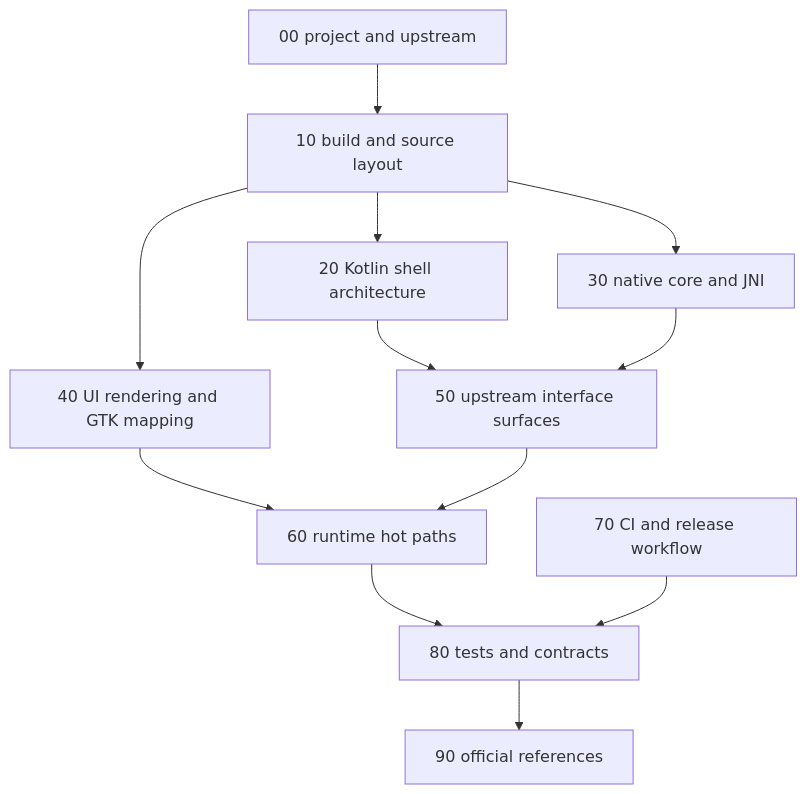
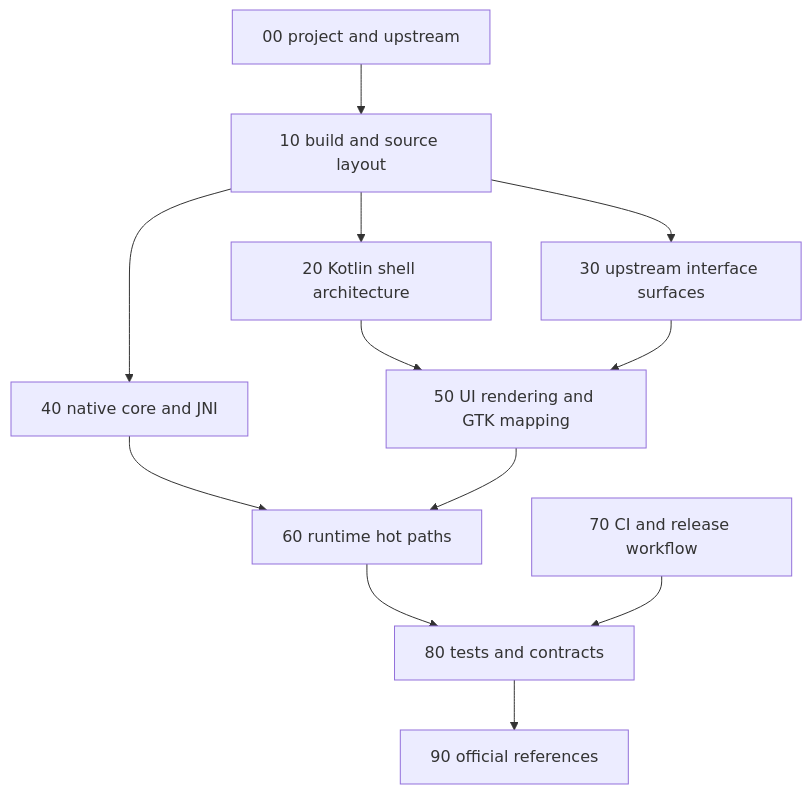
One commit to ppigazzini/r47zen changed the diagram in android/docs/dev/README.md. Above: the diagram before and after it, drawn with Mermaid. The commit also changed 6 other files, not shown here.

````diff
--- a/android/docs/dev/README.md
+++ b/android/docs/dev/README.md
@@ -14,25 +14,25 @@
 ```mermaid
 flowchart TD
   A[00 project and upstream]
   B[10 build and source layout]
   C[20 Kotlin shell architecture]
-  D[30 native core and JNI]
-  E[40 UI rendering and GTK mapping]
-  F[50 upstream interface surfaces]
+  D[30 upstream interface surfaces]
+  E[40 native core and JNI]
+  F[50 UI rendering and GTK mapping]
   G[60 runtime hot paths]
   H[70 CI and release workflow]
   I[80 tests and contracts]
   J[90 official references]
 
   A --> B
   B --> C
   B --> D
   B --> E
   C --> F
   D --> F
   E --> G
   F --> G
   G --> I
   H --> I
   I --> J
 ```
````
